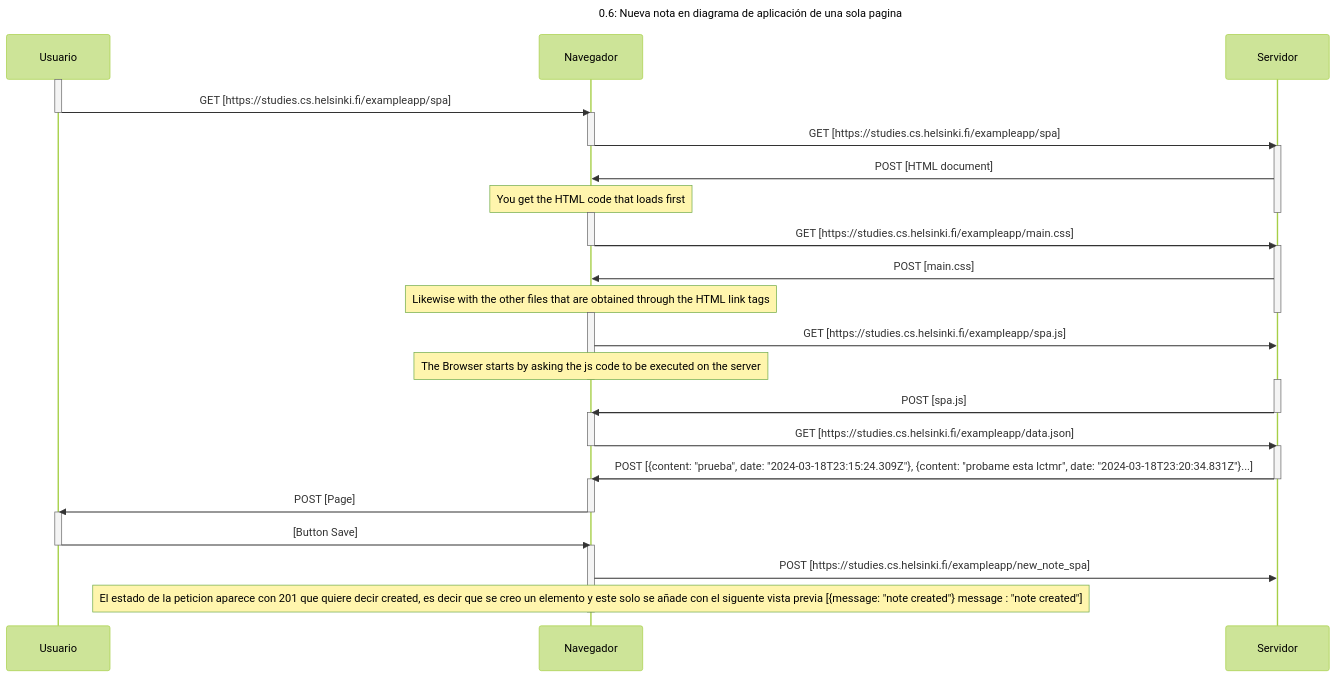
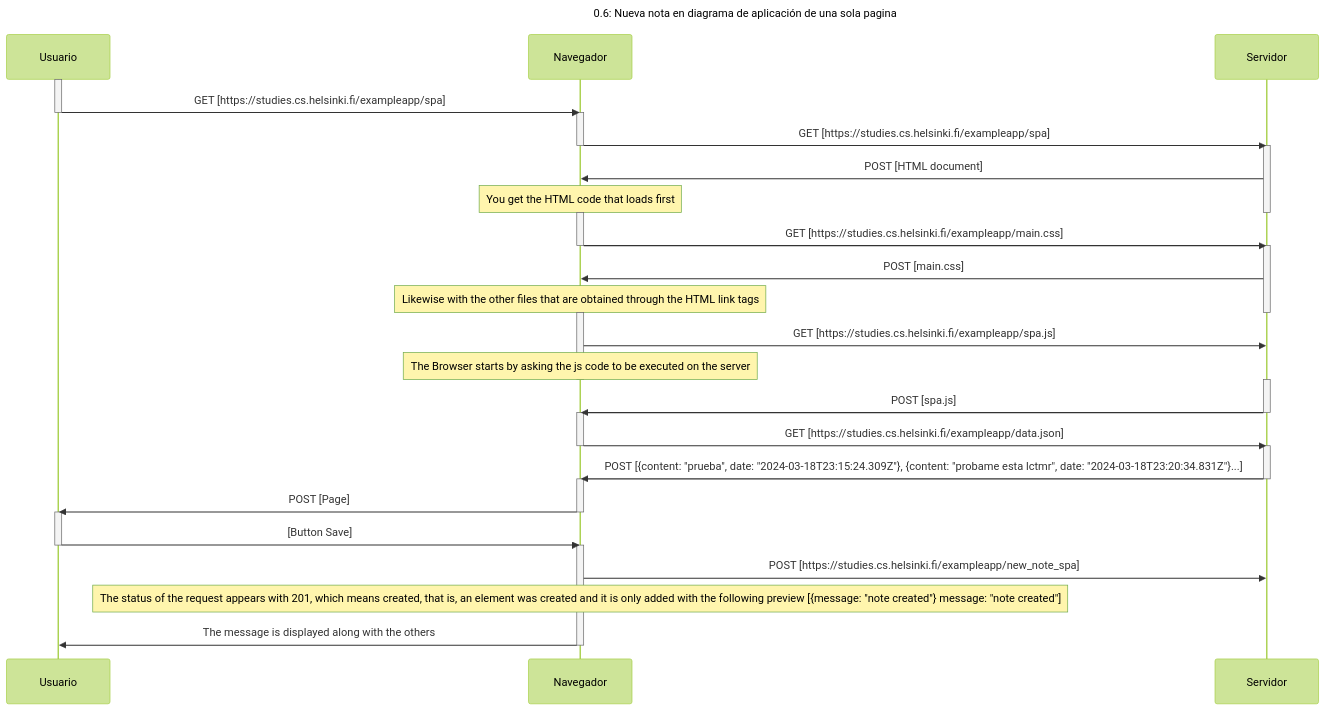
The diagram in part01/0.6: Nueva nota en diagrama de aplicación de una sola pagina.md (thecrusher2345/Full-Stack-Open-2023), drawn with Mermaid (forest theme) before and after one commit.

Commit message:
Update 0.6: Nueva nota en diagrama de aplicación de una sola pagina.md

````diff
--- a/part01/0.6: Nueva nota en diagrama de aplicación de una sola pagina.md
+++ b/part01/0.6: Nueva nota en diagrama de aplicación de una sola pagina.md
@@ -3,65 +3,67 @@
 ```mermaid
 sequenceDiagram
     Title: 0.6: Nueva nota en diagrama de aplicación de una sola pagina
 
     participant Usuario
     participant Navegador
     participant Servidor
     
 
     activate Usuario
     Usuario->>Navegador: GET [https://studies.cs.helsinki.fi/exampleapp/spa]
     
     deactivate Usuario
     activate Navegador
     Navegador->>Servidor: GET [https://studies.cs.helsinki.fi/exampleapp/spa]
     
     deactivate Navegador
     activate Servidor
     Servidor->>Navegador: POST [HTML document]
     note over Navegador: You get the HTML code that loads first
     deactivate Servidor
 
     activate Navegador
     Navegador->>Servidor: GET [https://studies.cs.helsinki.fi/exampleapp/main.css]
     deactivate Navegador
     activate Servidor
     Servidor->>Navegador: POST [main.css]
     note over Navegador: Likewise with the other files that are obtained through the HTML link tags
     deactivate Servidor
 
     activate Navegador
     Navegador->>Servidor: GET [https://studies.cs.helsinki.fi/exampleapp/spa.js]
     note over Navegador: The Browser starts by asking the js code to be executed on the server
     deactivate Navegador
     activate Servidor
     Servidor->>Navegador: POST [spa.js]
     deactivate Servidor
 
     activate Navegador
     Navegador->>Servidor: GET [https://studies.cs.helsinki.fi/exampleapp/data.json]
     deactivate Navegador
     activate Servidor
     Servidor->>Navegador: POST [{content: "prueba", date: "2024-03-18T23:15:24.309Z"}, {content: "probame esta lctmr", date: "2024-03-18T23:20:34.831Z"}...]
     deactivate Servidor
     
     activate Navegador
     Navegador->>Usuario: POST [Page]
     deactivate Navegador
     activate Usuario
     Usuario->>Navegador: [Button Save]
     deactivate Usuario
 
     activate Navegador
     Navegador->>Servidor: POST [https://studies.cs.helsinki.fi/exampleapp/new_note_spa]
-  note over Navegador: El estado de la peticion aparece con 201 que quiere decir created, es decir que se creo un elemento y este solo se añade con el siguente vista previa [{message: "note created"} message : "note created"]
+  note over Navegador: The status of the request appears with 201, which means created, that is, an element was created and it is only added with the following preview [{message: "note created"} message: "note created"]
+    Navegador->>Usuario: The message is displayed along with the others
     deactivate Navegador
+
     
     
 
 
     
     
 
 
 ```
````
